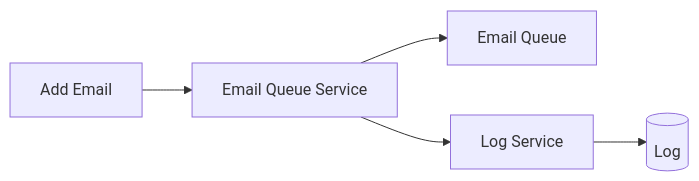
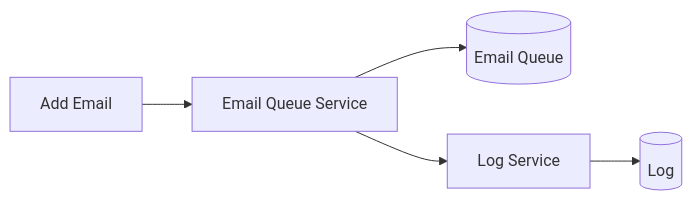
The first of 2 diagrams in README.md (ad-developer/email-queue), drawn with Mermaid before and after one commit. The commit also changed other lines of this file and 43 other files, not shown here.

````diff
--- a/README.md
+++ b/README.md
@@ -10,6 +10,6 @@
 ```mermaid
 graph LR
-    addEmail[Add Email] --> emailService[Email Queue Service] --> emailQueue[Email Queue];
+    addEmail[Add Email] --> emailService[Email Queue Service] --> emailQueue[(Email Queue)];
     emailService --> logService[Log Service] --> Log[(Log)]
    
 ```
````
